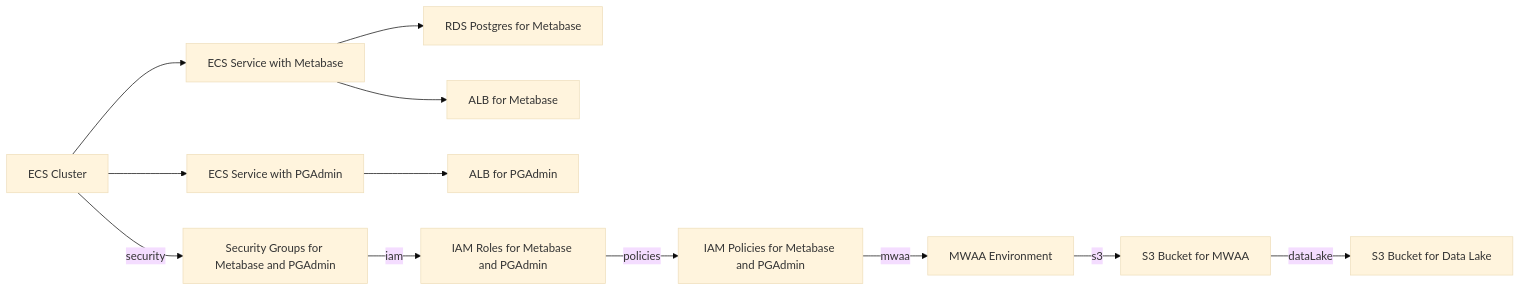
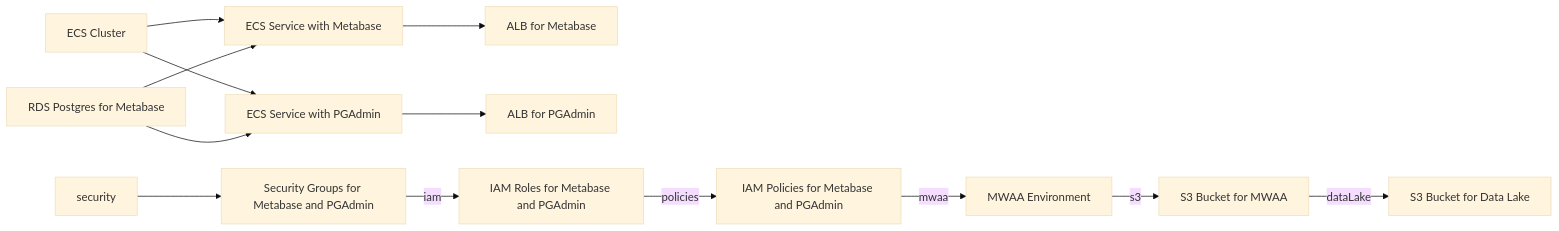
The diagram in README.md (alfredosa/aws-infra-as-code), drawn with Mermaid (base theme) before and after one commit.

````diff
--- a/README.md
+++ b/README.md
@@ -5,14 +5,15 @@
 ```mermaid
 graph LR
     A[ECS Cluster] --> B[ECS Service with Metabase]
     A --> C[ECS Service with PGAdmin]
-    B --> D[RDS Postgres for Metabase]
     B --> E[ALB for Metabase]
     C --> F[ALB for PGAdmin]
-    A -- security --> G[Security Groups for Metabase and PGAdmin]
+    D[RDS Postgres for Metabase] --> B
+    D --> C
+    AA[security] --> G[Security Groups for Metabase and PGAdmin]
     G -- iam --> H[IAM Roles for Metabase and PGAdmin]
     H -- policies --> I[IAM Policies for Metabase and PGAdmin]
     I -- mwaa --> J[MWAA Environment]
     J -- s3 --> K[S3 Bucket for MWAA]
     K -- dataLake --> L[S3 Bucket for Data Lake]
 ```
````
